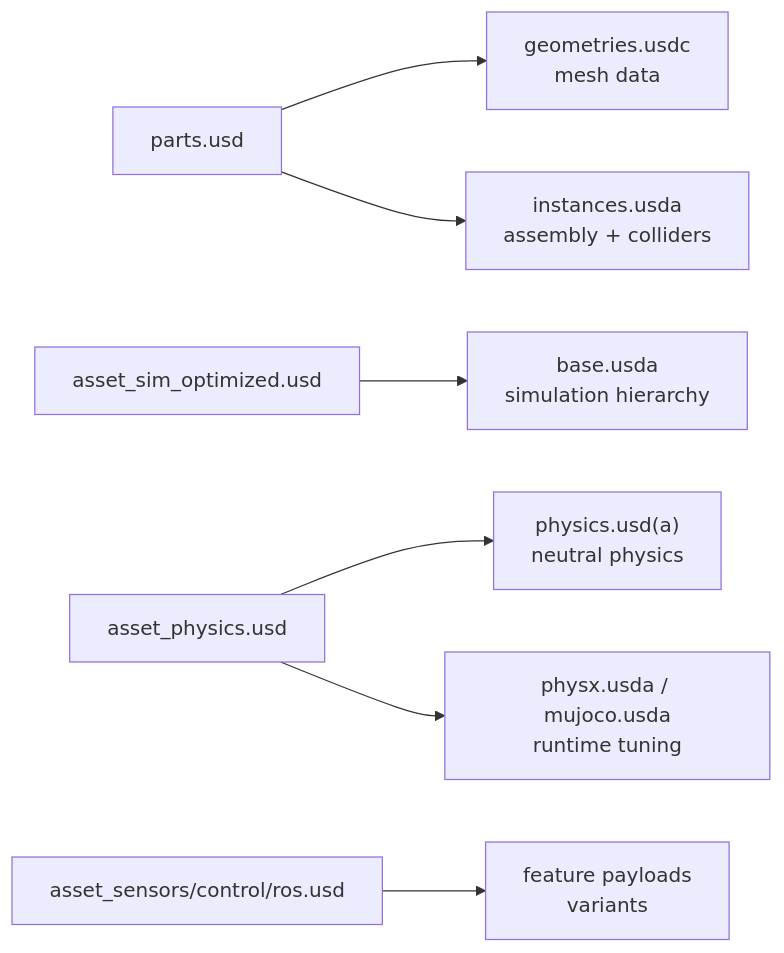
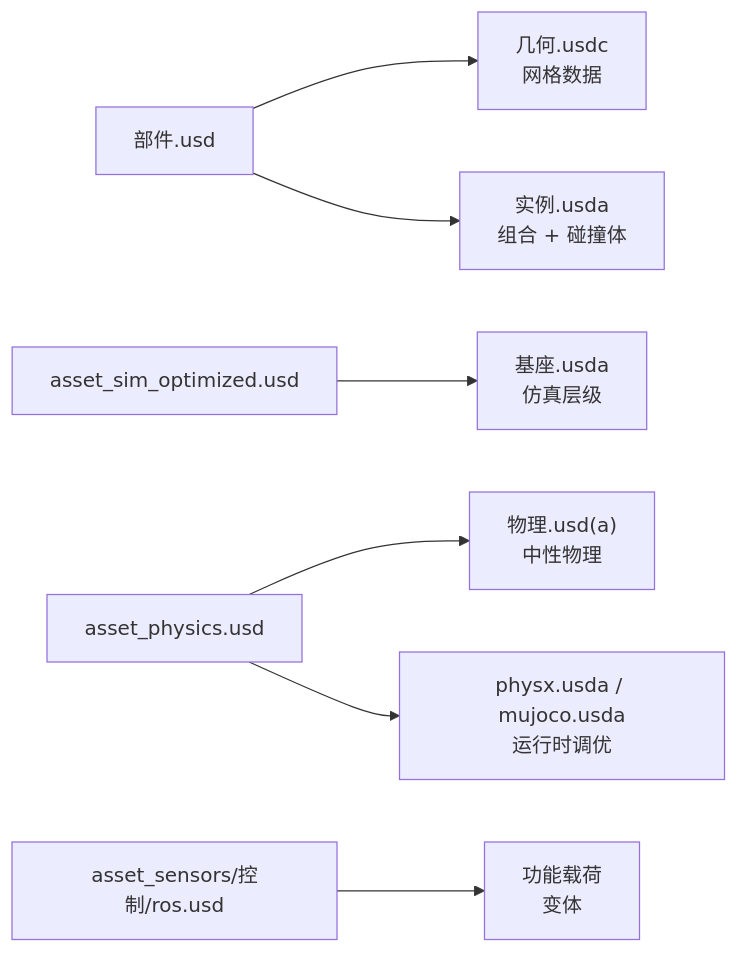
Before and after one commit to niuverse/llm-wiki: the second of 2 diagrams in wiki/concepts/IsaacSimLegacyAssetStructure.md, drawn with Mermaid. The commit also changed other lines of this file and 123 other files, not shown here.

````diff
--- a/wiki/concepts/IsaacSimLegacyAssetStructure.md
+++ b/wiki/concepts/IsaacSimLegacyAssetStructure.md
@@ -69,9 +69,9 @@
 ```mermaid
 flowchart LR
-  L1["parts.usd"] --> N1["geometries.usdc<br/>mesh data"]
-  L1 --> N2["instances.usda<br/>assembly + colliders"]
-  L2["asset_sim_optimized.usd"] --> N3["base.usda<br/>simulation hierarchy"]
-  L3["asset_physics.usd"] --> N4["physics.usd(a)<br/>neutral physics"]
-  L3 --> N5["physx.usda / mujoco.usda<br/>runtime tuning"]
-  L4["asset_sensors/control/ros.usd"] --> N6["feature payloads<br/>variants"]
+  L1["部件.usd"] --> N1["几何.usdc<br/>网格数据"]
+  L1 --> N2["实例.usda<br/>组合 + 碰撞体"]
+  L2["asset_sim_optimized.usd"] --> N3["基座.usda<br/>仿真层级"]
+  L3["asset_physics.usd"] --> N4["物理.usd(a)<br/>中性物理"]
+  L3 --> N5["physx.usda / mujoco.usda<br/>运行时调优"]
+  L4["asset_sensors/控制/ros.usd"] --> N6["功能载荷<br/>变体"]
 ```
````
